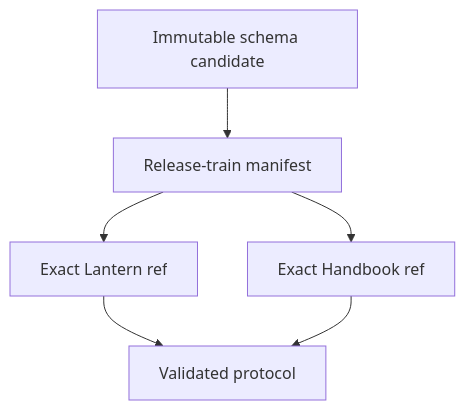
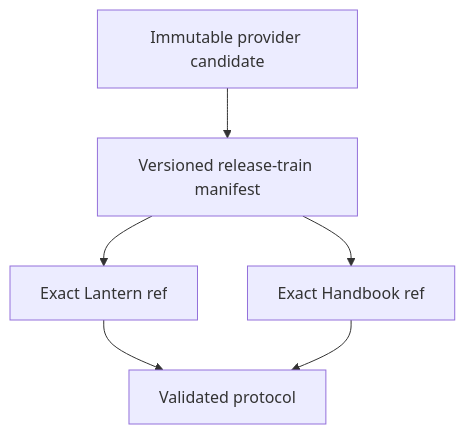
One commit to RebelliousSmile/schema-pbta changed the first of 2 diagrams in aidd_docs/tasks/2026_09/2026_09_22_cross_repo_release_train/phase-1.md. Above: the diagram before and after it, drawn with Mermaid. The commit also changed other lines of this file and 3 other files, not shown here.

Commit message:
docs(plan): reopen provider-neutral release train

````diff
--- a/aidd_docs/tasks/2026_09/2026_09_22_cross_repo_release_train/phase-1.md
+++ b/aidd_docs/tasks/2026_09/2026_09_22_cross_repo_release_train/phase-1.md
@@ -23,8 +23,8 @@
 ```mermaid
 flowchart TD
-  A[Immutable schema candidate] --> B[Release-train manifest]
+  A[Immutable provider candidate] --> B[Versioned release-train manifest]
   B --> C[Exact Lantern ref]
   B --> D[Exact Handbook ref]
   C --> E[Validated protocol]
   D --> E
 ```
````
